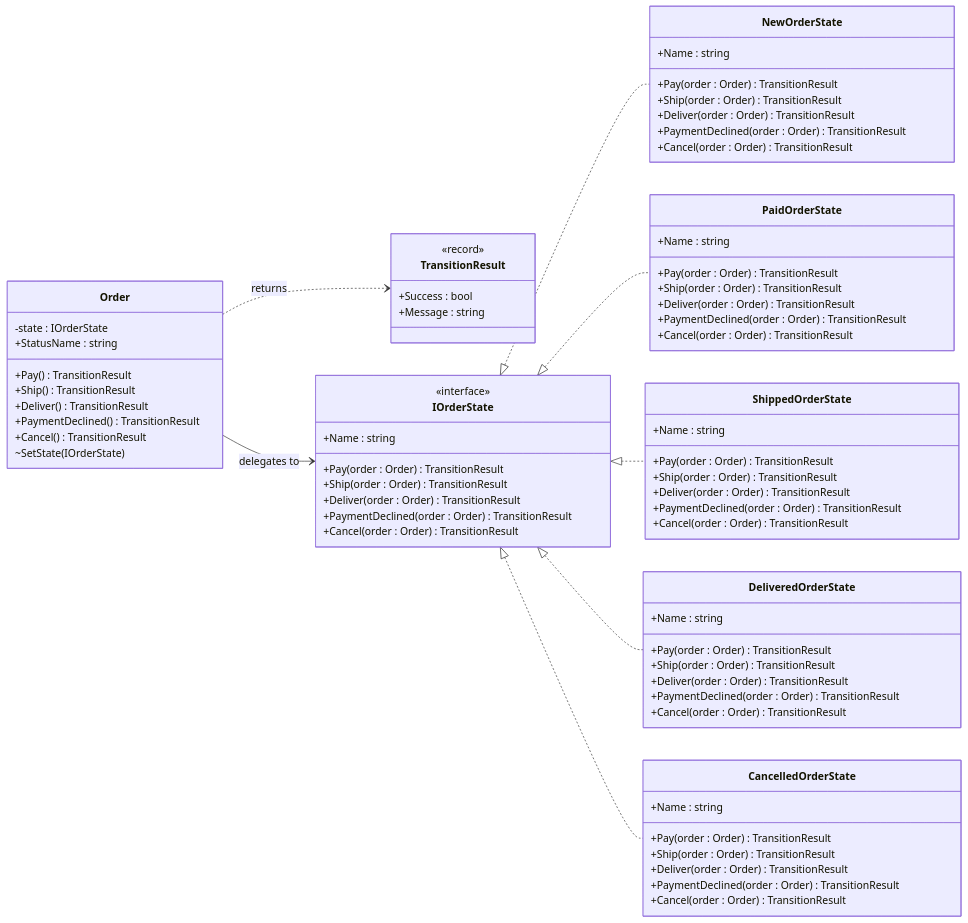
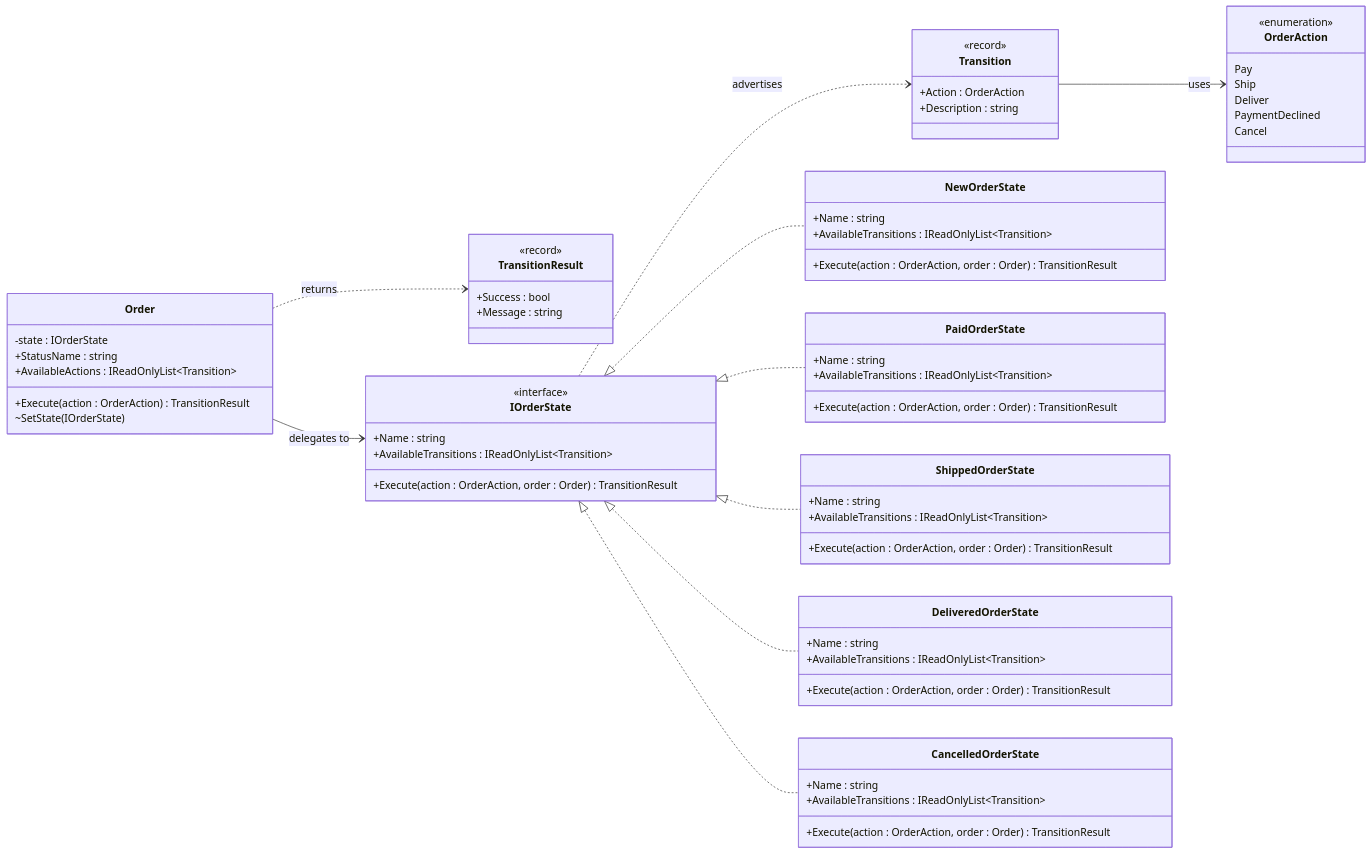
One commit to jeff-adkisson/swe-4743-spring-2026-oo-design changed the eighth of 19 diagrams in presentations/12-state-machine-pattern.md. Above: the diagram before and after it, drawn with Mermaid. The commit also changed other lines of this file, not shown here.

````diff
--- a/presentations/12-state-machine-pattern.md
+++ b/presentations/12-state-machine-pattern.md
@@ -397,6 +454,22 @@
 ```mermaid
 classDiagram
 		direction LR
+	
+    class OrderAction {
+        <<enumeration>>
+        Pay
+        Ship
+        Deliver
+        PaymentDeclined
+        Cancel
+    }
+
+    class Transition {
+        <<record>>
+        +Action : OrderAction
+        +Description : string
+    }
+
     class TransitionResult {
         <<record>>
         +Success : bool
@@ -405,72 +478,53 @@
 
     class Order {
         -state : IOrderState
-        +Pay() TransitionResult
-        +Ship() TransitionResult
-        +Deliver() TransitionResult
-        +PaymentDeclined() TransitionResult
-        +Cancel() TransitionResult
+        +StatusName : string
+        +AvailableActions : IReadOnlyList~Transition~
+        +Execute(action : OrderAction) TransitionResult
         ~SetState(IOrderState)
-        +StatusName : string
     }
 
     class IOrderState {
         <<interface>>
-        +Pay(order : Order) TransitionResult
-        +Ship(order : Order) TransitionResult
-        +Deliver(order : Order) TransitionResult
-        +PaymentDeclined(order : Order) TransitionResult
-        +Cancel(order : Order) TransitionResult
         +Name : string
+        +AvailableTransitions : IReadOnlyList~Transition~
+        +Execute(action : OrderAction, order : Order) TransitionResult
     }
 
     class NewOrderState {
-        +Pay(order : Order) TransitionResult
-        +Ship(order : Order) TransitionResult
-        +Deliver(order : Order) TransitionResult
-        +PaymentDeclined(order : Order) TransitionResult
-        +Cancel(order : Order) TransitionResult
         +Name : string
+        +AvailableTransitions : IReadOnlyList~Transition~
+        +Execute(action : OrderAction, order : Order) TransitionResult
     }
 
     class PaidOrderState {
-        +Pay(order : Order) TransitionResult
-        +Ship(order : Order) TransitionResult
-        +Deliver(order : Order) TransitionResult
-        +PaymentDeclined(order : Order) TransitionResult
-        +Cancel(order : Order) TransitionResult
         +Name : string
+        +AvailableTransitions : IReadOnlyList~Transition~
+        +Execute(action : OrderAction, order : Order) TransitionResult
     }
 
     class ShippedOrderState {
-        +Pay(order : Order) TransitionResult
-        +Ship(order : Order) TransitionResult
-        +Deliver(order : Order) TransitionResult
-        +PaymentDeclined(order : Order) TransitionResult
-        +Cancel(order : Order) TransitionResult
         +Name : string
+        +AvailableTransitions : IReadOnlyList~Transition~
+        +Execute(action : OrderAction, order : Order) TransitionResult
     }
 
     class DeliveredOrderState {
-        +Pay(order : Order) TransitionResult
-        +Ship(order : Order) TransitionResult
-        +Deliver(order : Order) TransitionResult
-        +PaymentDeclined(order : Order) TransitionResult
-        +Cancel(order : Order) TransitionResult
         +Name : string
+        +AvailableTransitions : IReadOnlyList~Transition~
+        +Execute(action : OrderAction, order : Order) TransitionResult
     }
 
     class CancelledOrderState {
-        +Pay(order : Order) TransitionResult
-        +Ship(order : Order) TransitionResult
-        +Deliver(order : Order) TransitionResult
-        +PaymentDeclined(order : Order) TransitionResult
-        +Cancel(order : Order) TransitionResult
         +Name : string
+        +AvailableTransitions : IReadOnlyList~Transition~
+        +Execute(action : OrderAction, order : Order) TransitionResult
     }
 
     Order --> IOrderState : delegates to
     Order ..> TransitionResult : returns
+    IOrderState ..> Transition : advertises
+    Transition --> OrderAction : uses
     IOrderState <|.. NewOrderState
     IOrderState <|.. PaidOrderState
     IOrderState <|.. ShippedOrderState
````
